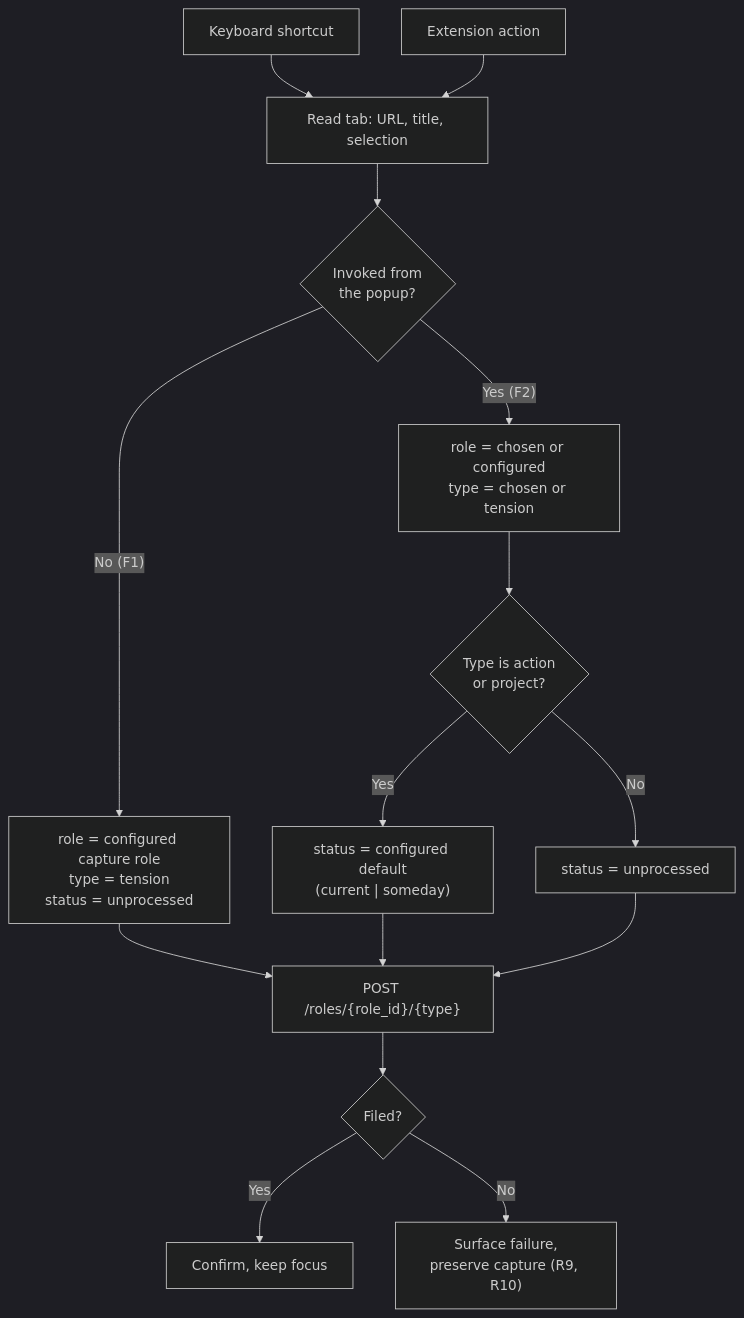
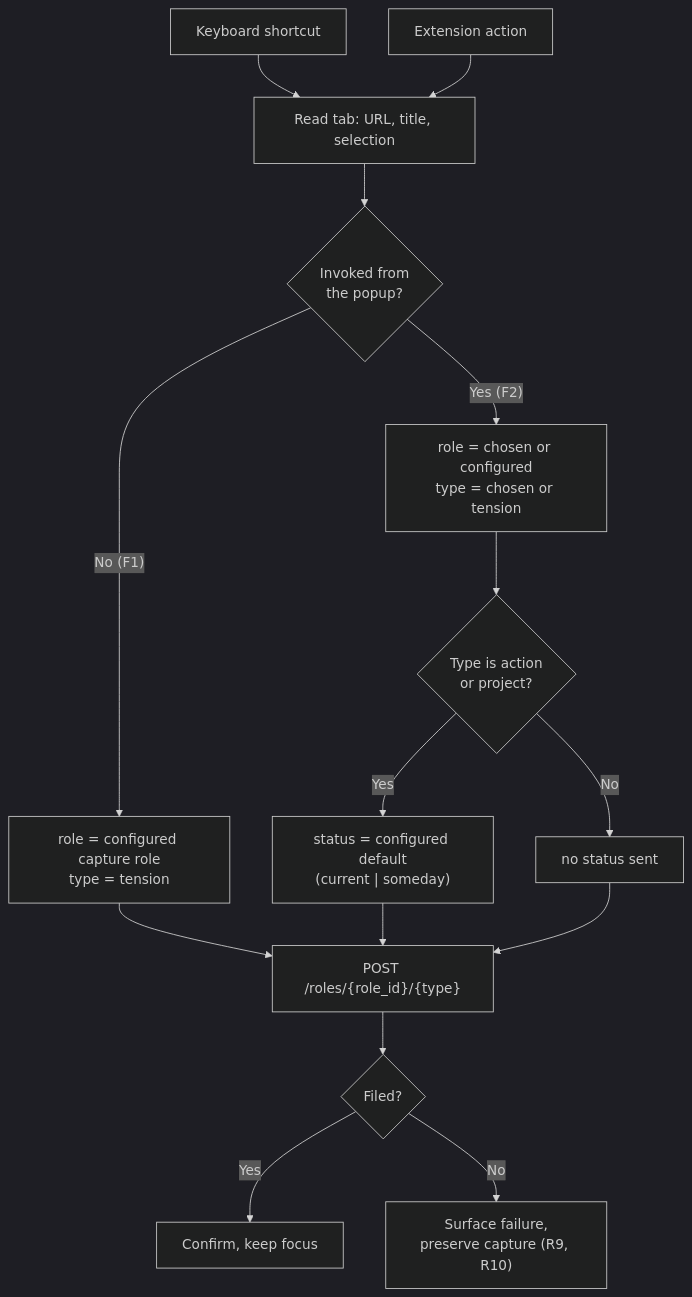
One commit to Integral-Productivity/glassfrog-clipper changed the diagram in docs/plans/2026-08-28-1123-feat-zero-decision-capture-path-plan.md. Above: the diagram before and after it, drawn with Mermaid (dark theme). The commit also changed other lines of this file and 1 other file, not shown here.

First line of the commit message:
docs: correct tension status semantics in ADR 0003 and the plan

````diff
--- a/docs/plans/2026-08-28-1123-feat-zero-decision-capture-path-plan.md
+++ b/docs/plans/2026-08-28-1123-feat-zero-decision-capture-path-plan.md
@@ -98,17 +98,17 @@
 ```mermaid
 flowchart TD
     K["Keyboard shortcut"] --> C["Read tab: URL, title, selection"]
     A["Extension action"] --> C
     C --> D{"Invoked from<br/>the popup?"}
-    D -- "No (F1)" --> E["role = configured capture role<br/>type = tension<br/>status = unprocessed"]
+    D -- "No (F1)" --> E["role = configured capture role<br/>type = tension"]
     D -- "Yes (F2)" --> G["role = chosen or configured<br/>type = chosen or tension"]
     G --> H{"Type is action<br/>or project?"}
     H -- Yes --> I["status = configured default<br/>(current | someday)"]
-    H -- No --> J["status = unprocessed"]
+    H -- No --> J["no status sent"]
     E --> P["POST /roles/{role_id}/{type}"]
     I --> P
     J --> P
     P --> Q{"Filed?"}
     Q -- Yes --> R["Confirm, keep focus"]
     Q -- No --> S["Surface failure,<br/>preserve capture (R9, R10)"]
 ```
````
